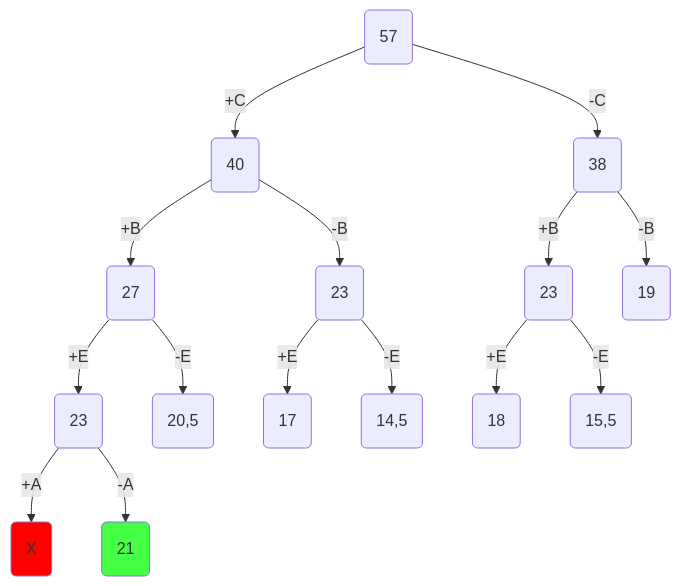
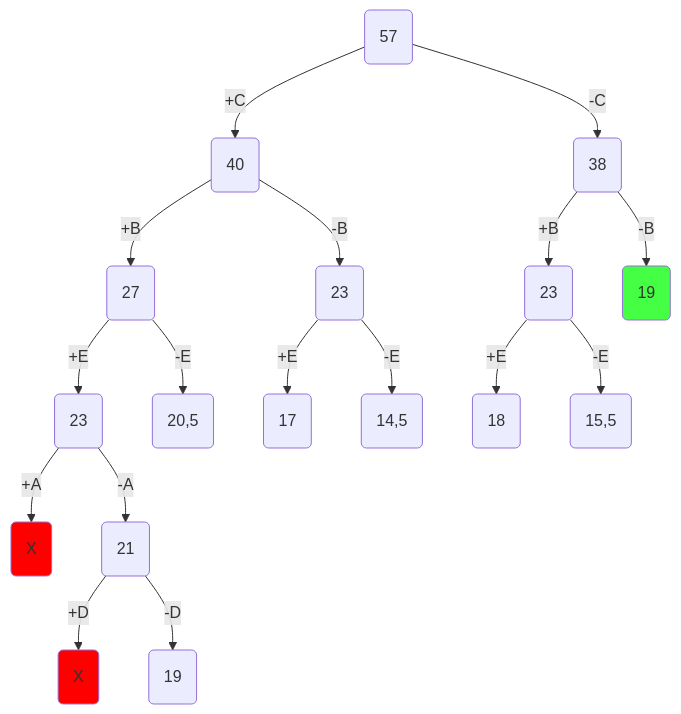
One commit to algos-ris-24-4/manual-tasks changed the seventh of 8 diagrams in Задание 12/crani.md. Above: the diagram before and after it, drawn with Mermaid. The commit also changed other lines of this file, not shown here.

````diff
--- a/Задание 12/crani.md
+++ b/Задание 12/crani.md
@@ -258,35 +283,40 @@
 ```mermaid
 flowchart TD
 A(57)
 B(40)
 C(38)
 D(27)
 E(23)
 F(23)
 G(19)
 H(23)
 I(20,5)
 J(17)
 K(14,5)
 L(18)
 M(15,5)
 P(X)
 Q(21)
+R(X)
+S(19)
 A -- +C--> B
 A -- -C--> C
 B -- +B--> D
 B -- -B--> E
 C -- +B--> F
 C -- -B--> G
 D -- +E--> H
 D -- -E--> I
-E -- +E--> J
-E -- -E--> K
 F -- +E--> L
 F -- -E--> M
-H -- +A--> P
-H -- -A--> Q
+H -- +A --> P
+H -- -A --> Q
+Q -- +D --> R
+Q -- -D --> S
+E -- +E --> J
+E -- -E --> K
 
 style P fill:#FF0000
-style Q fill:#4f4f
+style R fill:#FF0000
+style G fill:#4f4f
 ```
````
